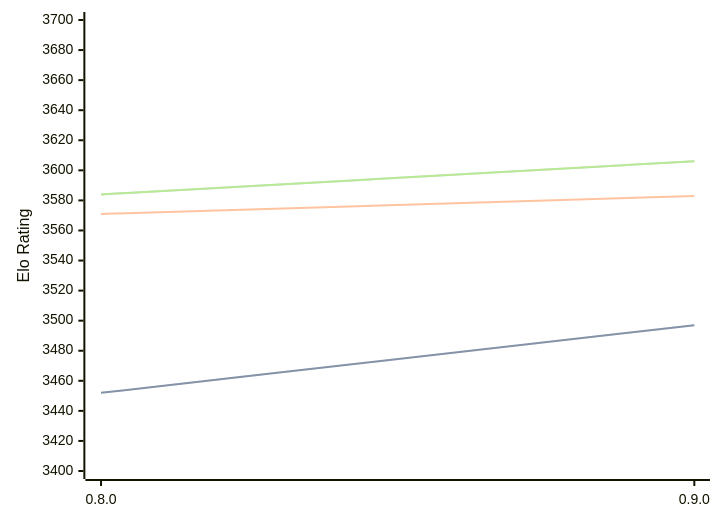
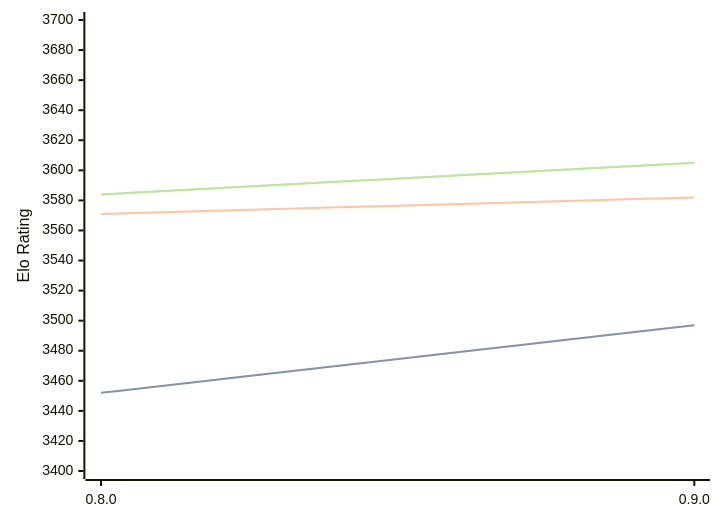
The diagram in engines/Reckless.md (computer-chess-index/cci), drawn with Mermaid before and after one commit. The commit also changed other lines of this file, not shown here.

Commit message:
Update CCI Ratings (ELO VLTC) - 2026-10-01

````diff
--- a/engines/Reckless.md
+++ b/engines/Reckless.md
@@ -32,11 +32,11 @@
 ```mermaid
 %%{init: {"theme":"base","themeVariables":{"seriesColors:['#a3a3a3','#222221','#faa371']}}}%%
 xychart-beta
   x-axis ["0.8.0", "0.9.0"]
   y-axis "Elo Rating" 3400 --> 3700
   line "" [3452, 3497]
   line "STC (8.0+0.08s)" [3452, 3497]
-  line "LTC (60.0+0.60s)" [3571, 3583]
-  line "" [3584, 3606]
-  line "VLTC (2m24s+1.12s)" [3584, 3606]
+  line "LTC (60.0+0.60s)" [3571, 3582]
+  line "" [3584, 3605]
+  line "VLTC (2m24s+1.12s)" [3584, 3605]
 ```
````
